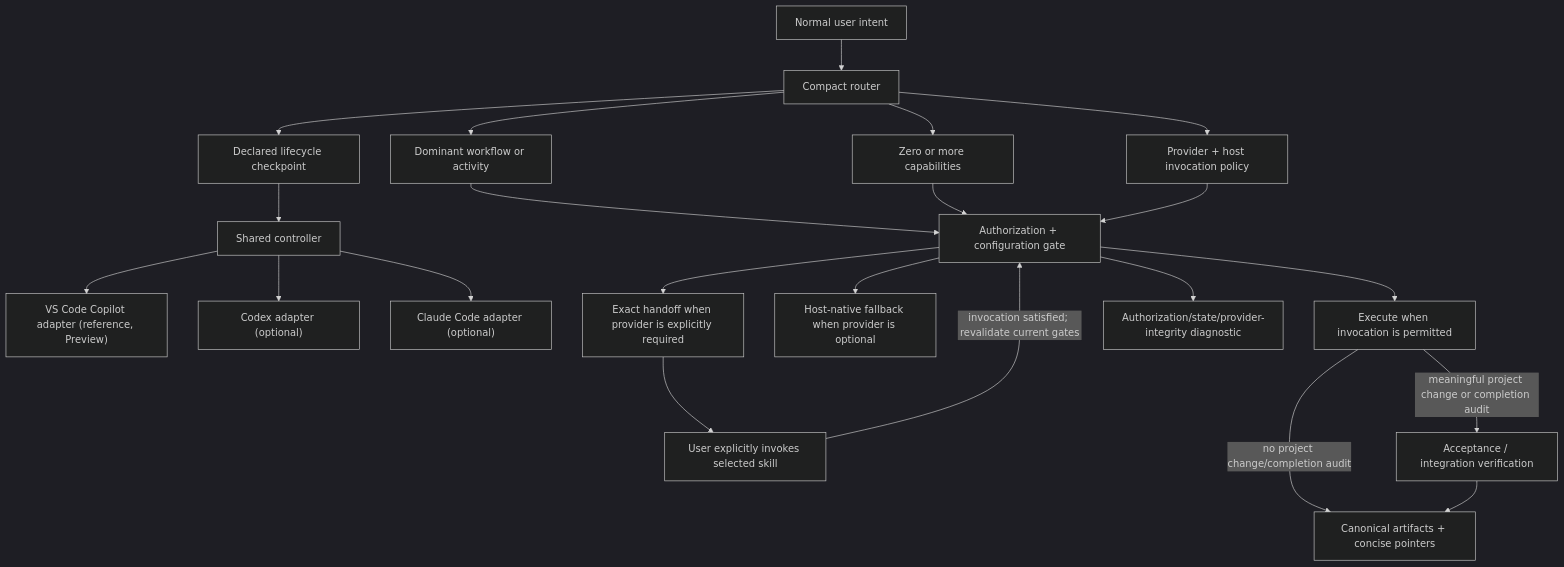
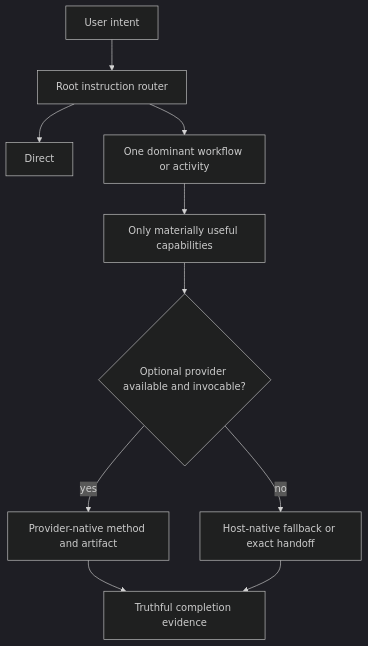
Before and after one commit to jimmfan/agentic-workflow: the diagram in docs/architecture.md, drawn with Mermaid (dark theme). The commit also changed other lines of this file and 39 other files, not shown here.

````diff
--- a/docs/architecture.md
+++ b/docs/architecture.md
@@ -25,24 +19,12 @@
 ```mermaid
 flowchart TD
-    request["Normal user intent"] --> router["Compact router"]
-    router --> checkpoint["Declared lifecycle checkpoint"]
-    checkpoint --> controller["Shared controller"]
-    controller --> vscode["VS Code Copilot adapter (reference, Preview)"]
-    controller --> codex["Codex adapter (optional)"]
-    controller --> claude["Claude Code adapter (optional)"]
-    router --> dominant["Dominant workflow or activity"]
-    router --> capabilities["Zero or more capabilities"]
-    router --> policy["Provider + host invocation policy"]
-    dominant --> gate["Authorization + configuration gate"]
-    capabilities --> gate
-    policy --> gate
-    gate --> execute["Execute when invocation is permitted"]
-    gate --> fallback["Host-native fallback when provider is optional"]
-    gate --> handoff["Exact handoff when provider is explicitly required"]
-    gate --> blocked["Authorization/state/provider-integrity diagnostic"]
-    handoff --> explicit["User explicitly invokes selected skill"]
-    explicit -->|"invocation satisfied; revalidate current gates"| gate
-    execute -->|"no project change/completion audit"| outcome
-    execute -->|"meaningful project change or completion audit"| verification["Acceptance / integration verification"]
-    verification --> outcome["Canonical artifacts + concise pointers"]
+    request["User intent"] --> router["Root instruction router"]
+    router --> direct["Direct"]
+    router --> dominant["One dominant workflow or activity"]
+    dominant --> capabilities["Only materially useful capabilities"]
+    capabilities --> provider{"Optional provider available and invocable?"}
+    provider -->|yes| native["Provider-native method and artifact"]
+    provider -->|no| fallback["Host-native fallback or exact handoff"]
+    native --> evidence["Truthful completion evidence"]
+    fallback --> evidence
 ```
````
